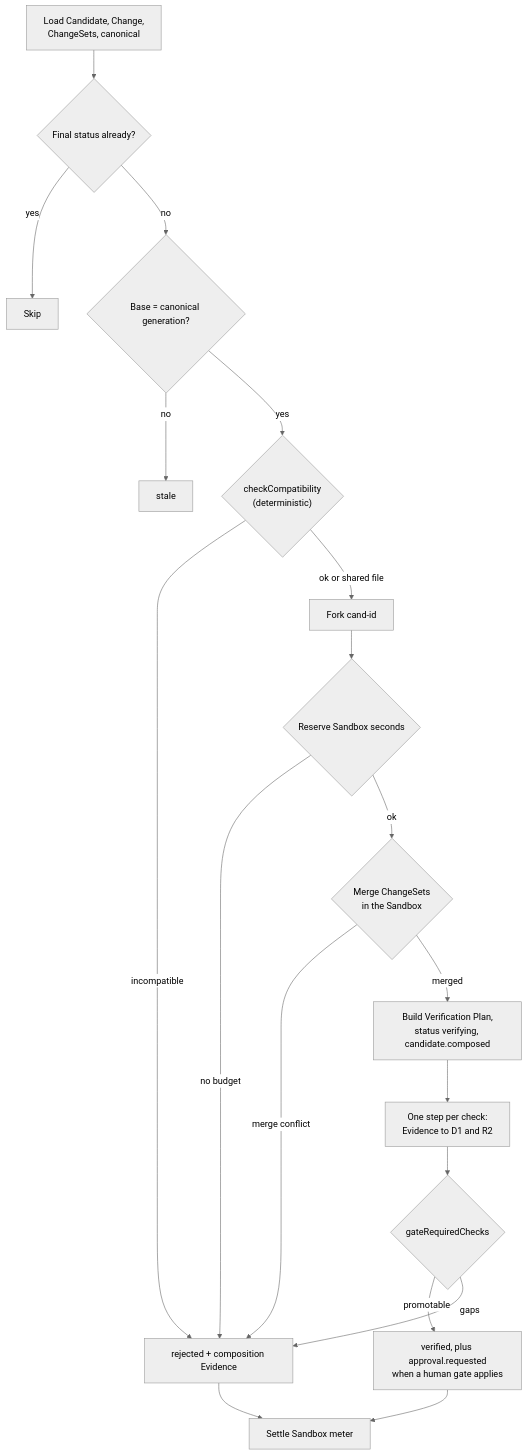
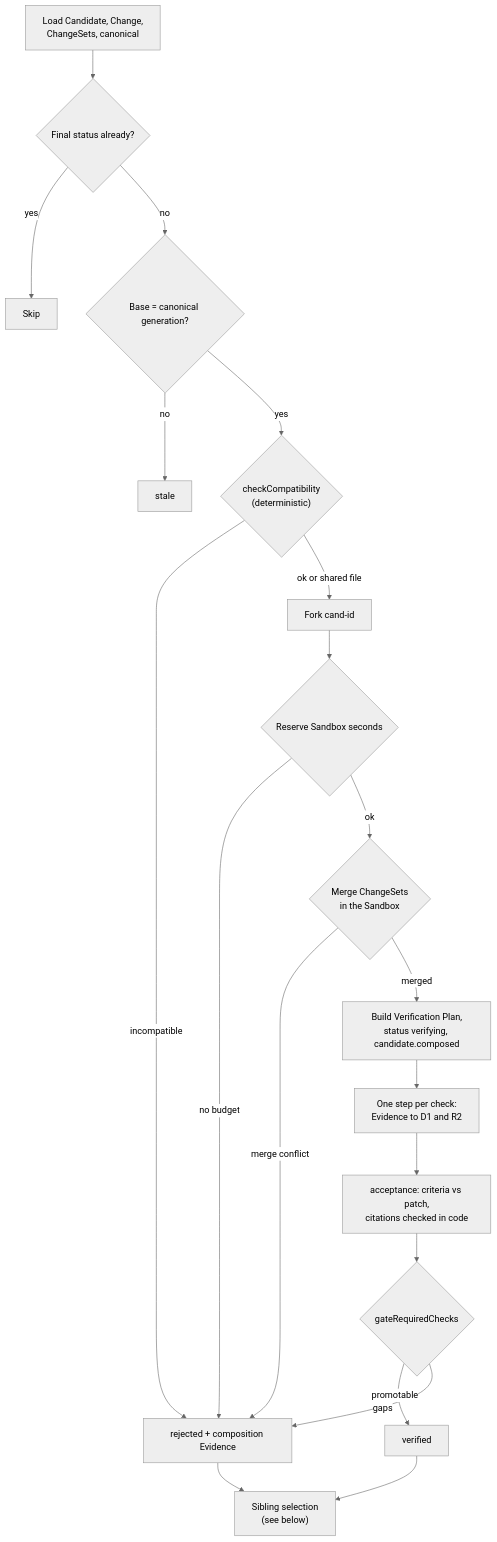
One commit to nsudhanva/rhumbatron changed the fourth of 8 diagrams in docs/architecture/source-and-verification.md. Above: the diagram before and after it, drawn with Mermaid (neutral theme). The commit also changed other lines of this file and 17 other files, not shown here.

First line of the commit message:
feat(integration): compare sibling candidates and check acceptance criteria

````diff
--- a/docs/architecture/source-and-verification.md
+++ b/docs/architecture/source-and-verification.md
@@ -132,21 +134,22 @@
 ```mermaid
 flowchart TB
   L["Load Candidate, Change,<br/>ChangeSets, canonical"] --> F{"Final status already?"}
   F -->|"yes"| SKIP["Skip"]
   F -->|"no"| G{"Base = canonical generation?"}
   G -->|"no"| ST["stale"]
   G -->|"yes"| CC{"checkCompatibility<br/>(deterministic)"}
   CC -->|"incompatible"| RJ["rejected + composition Evidence"]
   CC -->|"ok or shared file"| FK["Fork cand-id"]
   FK --> RS{"Reserve Sandbox seconds"}
   RS -->|"no budget"| RJ
   RS -->|"ok"| CM{"Merge ChangeSets<br/>in the Sandbox"}
   CM -->|"merge conflict"| RJ
   CM -->|"merged"| PL["Build Verification Plan,<br/>status verifying, candidate.composed"]
   PL --> CK["One step per check:<br/>Evidence to D1 and R2"]
-  CK --> GT{"gateRequiredChecks"}
-  GT -->|"promotable"| VF["verified, plus approval.requested<br/>when a human gate applies"]
+  CK --> AC["acceptance: criteria vs patch,<br/>citations checked in code"]
+  AC --> GT{"gateRequiredChecks"}
+  GT -->|"promotable"| VF["verified"]
   GT -->|"gaps"| RJ
-  VF --> SET["Settle Sandbox meter"]
-  RJ --> SET
+  VF --> SEL["Sibling selection<br/>(see below)"]
+  RJ --> SEL
 ```
````
